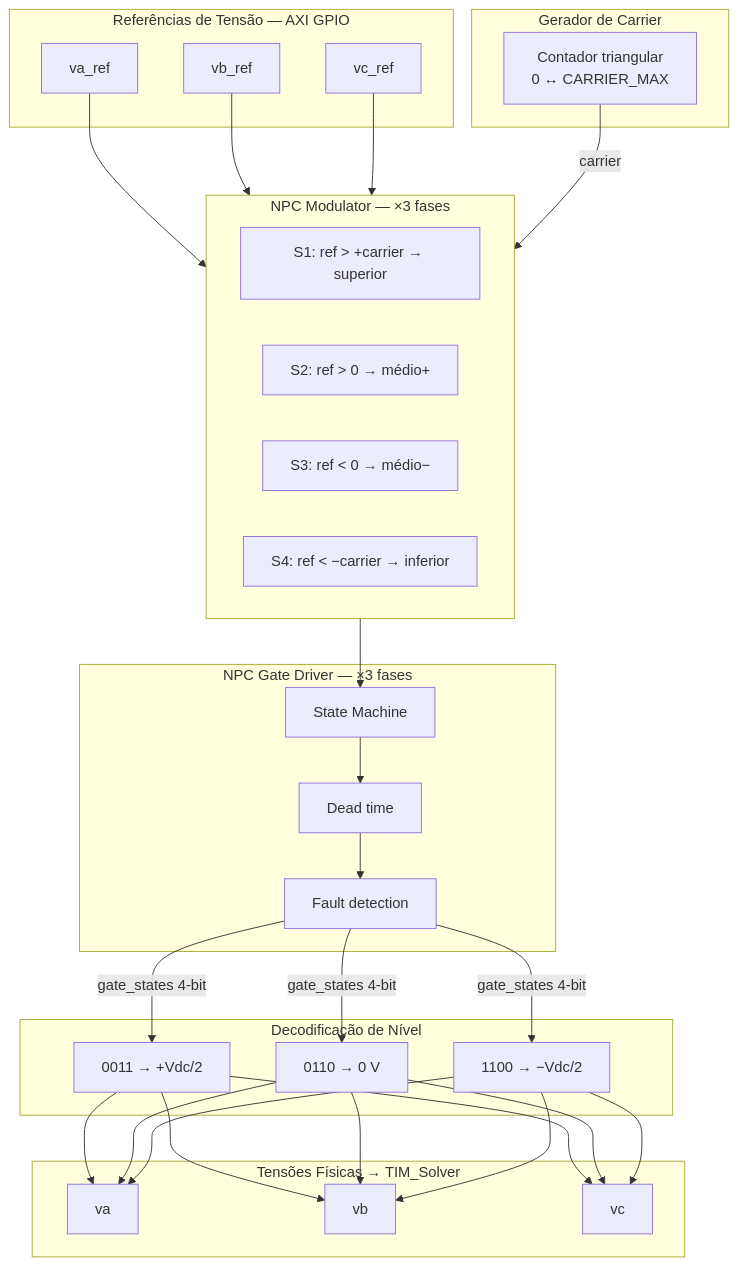
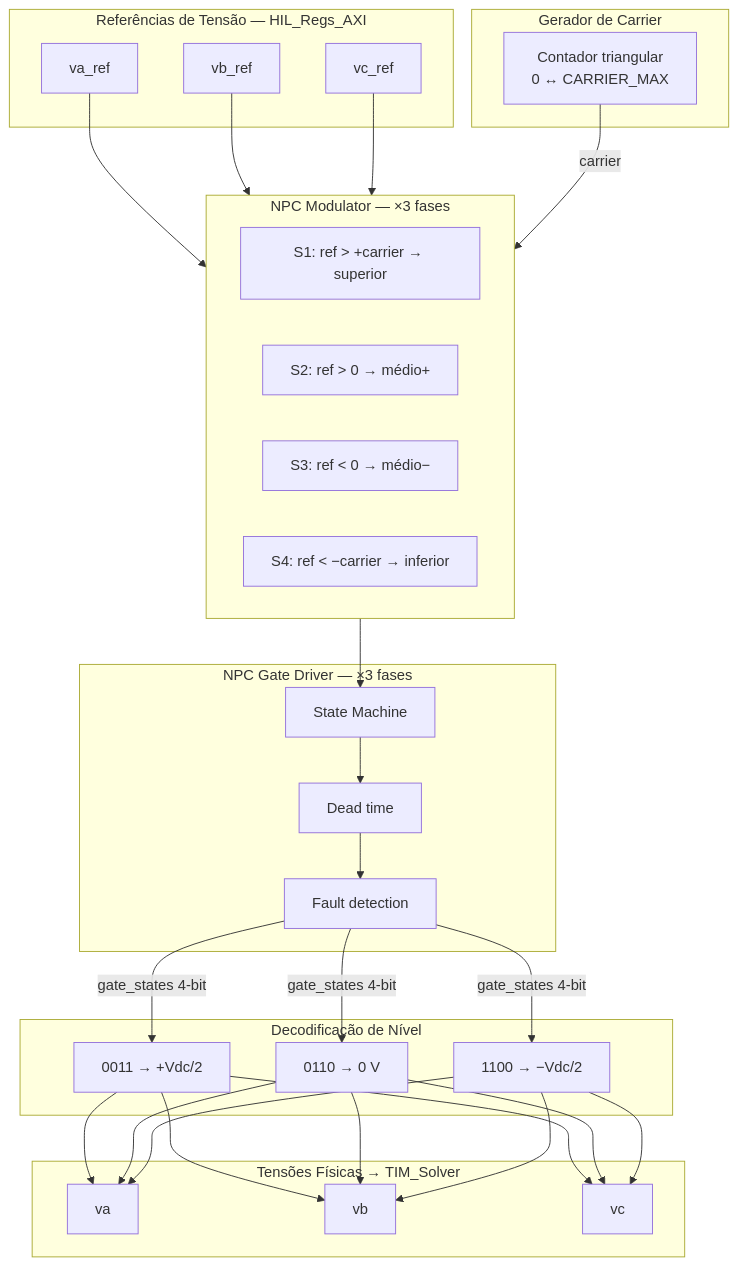
One commit to urielcontardi/Hardware-in-the-Loop changed the seventh of 7 diagrams in docs/architecture.md. Above: the diagram before and after it, drawn with Mermaid. The commit also changed other lines of this file and 2 other files, not shown here.

Commit message:
📝 docs: fix outdated architecture (clock, registers, IRQ, API)

````diff
--- a/docs/architecture.md
+++ b/docs/architecture.md
@@ -325,38 +406,38 @@
 ```mermaid
 flowchart TD
-    subgraph REF_IN["Referências de Tensão — AXI GPIO"]
+    subgraph REF_IN["Referências de Tensão — HIL_Regs_AXI"]
         RA["va_ref"] & RB["vb_ref"] & RC["vc_ref"]
     end
 
     subgraph CARRIER["Gerador de Carrier"]
         TRI["Contador triangular<br/>0 ↔ CARRIER_MAX"]
     end
 
     subgraph MODULATOR["NPC Modulator — ×3 fases"]
         C1["S1: ref > +carrier → superior"]
         C2["S2: ref > 0        → médio+"]
         C3["S3: ref < 0        → médio−"]
         C4["S4: ref < −carrier → inferior"]
     end
 
     subgraph GATE_DRV["NPC Gate Driver — ×3 fases"]
         SM2["State Machine"] --> DT["Dead time"]
         DT --> FLT["Fault detection"]
     end
 
     subgraph DECODE["Decodificação de Nível"]
         GL1["0011 → +Vdc/2"]
         GL2["0110 →  0 V"]
         GL3["1100 → −Vdc/2"]
     end
 
     subgraph VOLT_OUT["Tensões Físicas → TIM_Solver"]
         VO_A["va"] & VO_B["vb"] & VO_C["vc"]
     end
 
     RA & RB & RC --> MODULATOR
     TRI -->|"carrier"| MODULATOR
     MODULATOR --> SM2
     FLT -->|"gate_states 4-bit"| GL1 & GL2 & GL3
     GL1 & GL2 & GL3 --> VO_A & VO_B & VO_C
 ```
````
